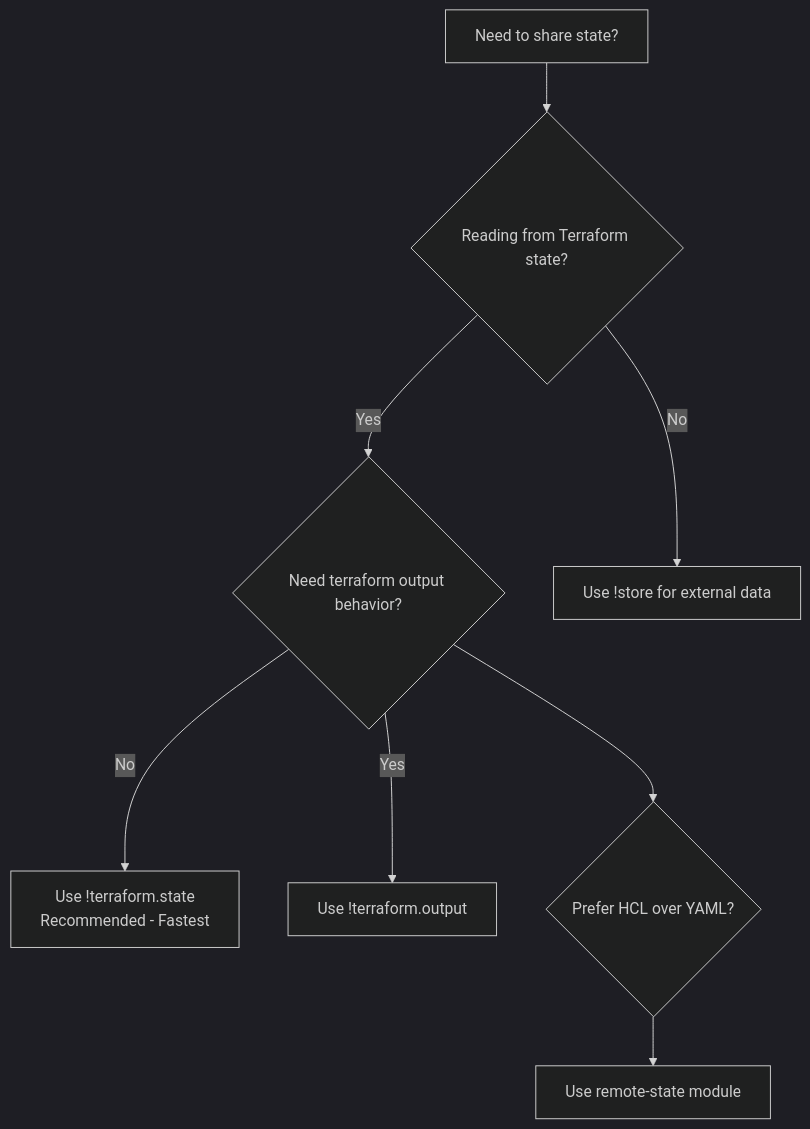
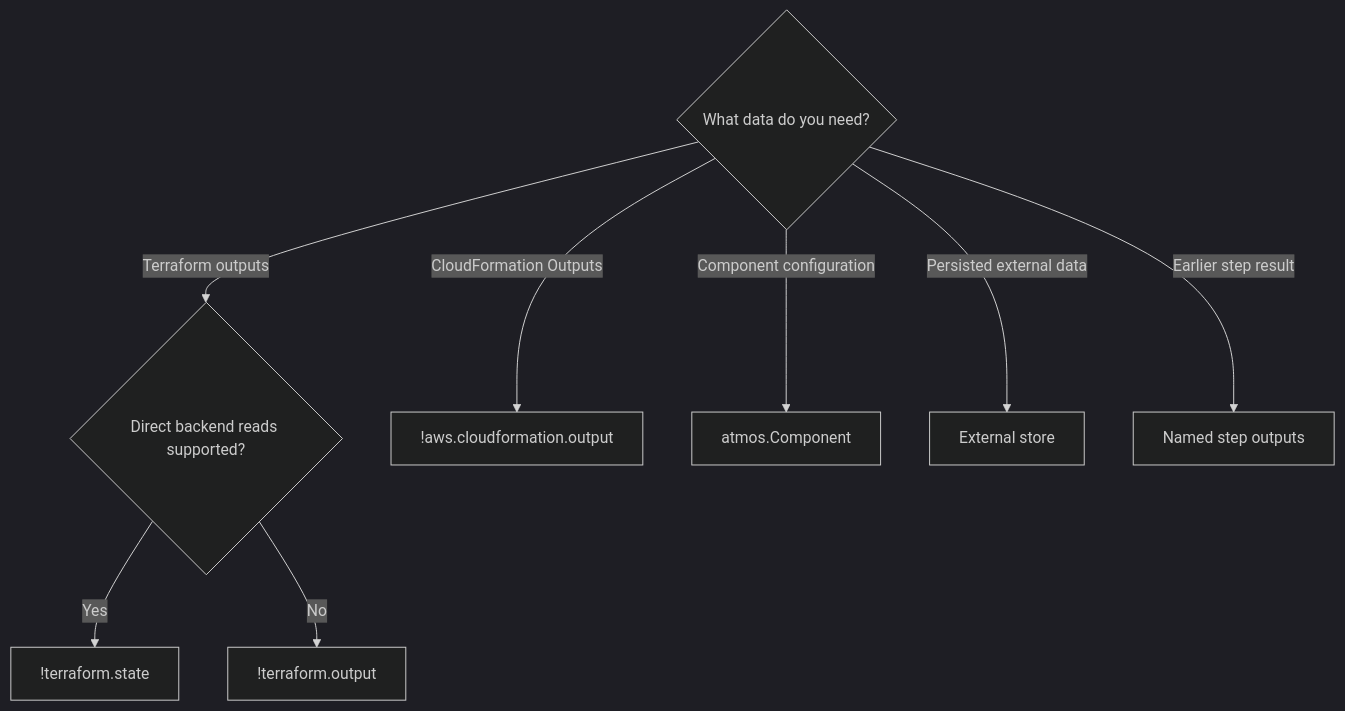
One commit to cloudposse/atmos changed the second of 2 diagrams in website/docs/tutorials/sharing-state/index.mdx. Above: the diagram before and after it, drawn with Mermaid (dark theme). The commit also changed other lines of this file and 8 other files, not shown here.

Commit message:
docs: clarify component data sharing and lifecycle workflows

````diff
--- a/website/docs/tutorials/sharing-state/index.mdx
+++ b/website/docs/tutorials/sharing-state/index.mdx
@@ -140,10 +192,10 @@
 ```mermaid
 flowchart TD
-    A[Need to share state?] --> B{Reading from Terraform state?}
-    B -->|Yes| C{Need terraform output behavior?}
-    B -->|No| D[Use !store for external data]
-    C -->|No| E[Use !terraform.state<br/>Recommended - Fastest]
-    C -->|Yes| F[Use !terraform.output]
-    G{Prefer HCL over YAML?} --> H[Use remote-state module]
-    C --> G
+    A{What data do you need?} -->|Terraform outputs| B{Direct backend reads supported?}
+    B -->|Yes| C[!terraform.state]
+    B -->|No| D[!terraform.output]
+    A -->|CloudFormation Outputs| E[!aws.cloudformation.output]
+    A -->|Component configuration| F[atmos.Component]
+    A -->|Persisted external data| G[External store]
+    A -->|Earlier step result| H[Named step outputs]
 ```
````
